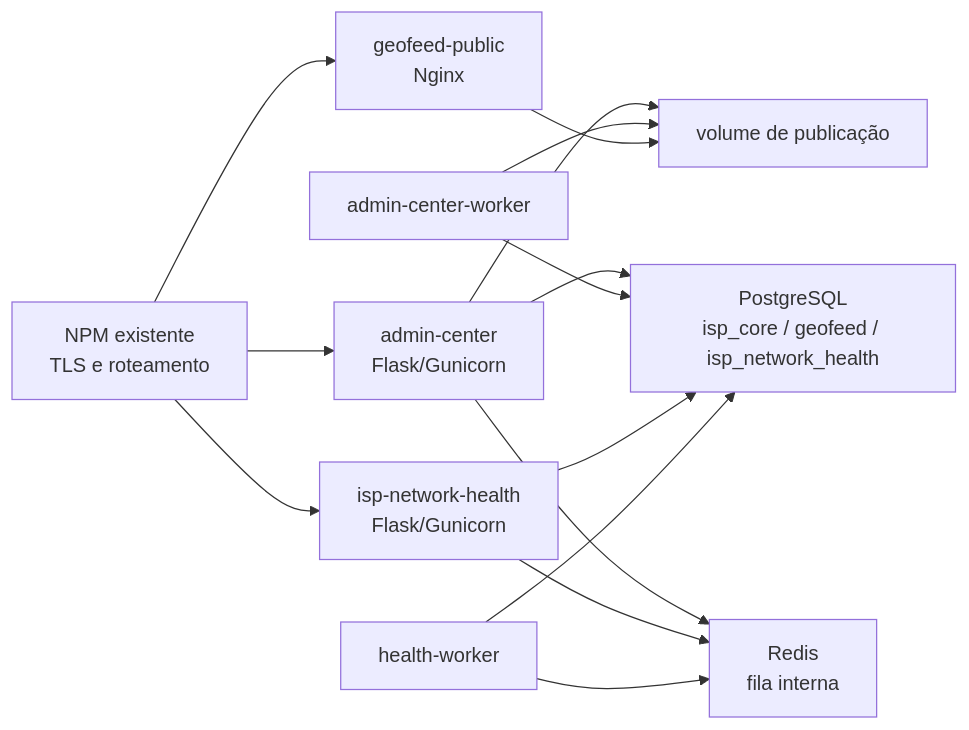
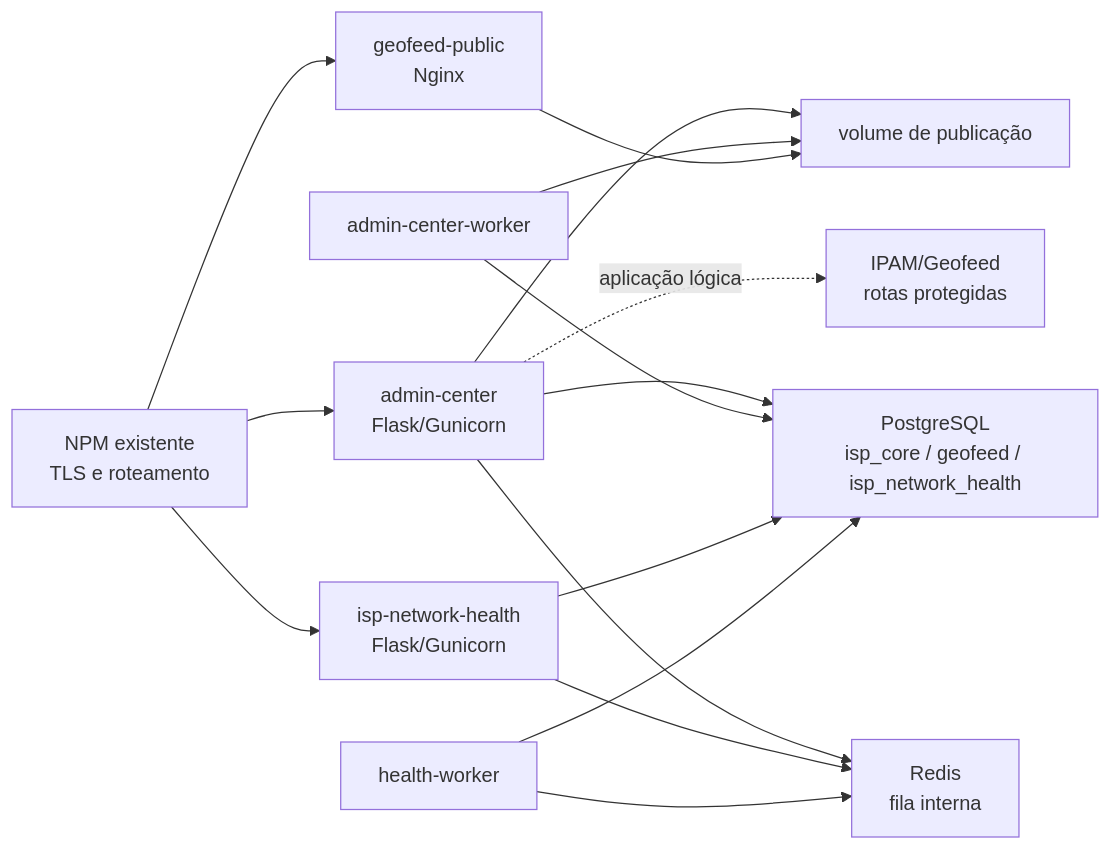
The diagram in docs/architecture.md (guicampos21/ISP-Network-Tools), drawn with Mermaid before and after one commit. The commit also changed other lines of this file and 78 other files, not shown here.

````diff
--- a/docs/architecture.md
+++ b/docs/architecture.md
@@ -5,16 +5,17 @@
 ```mermaid
 flowchart LR
   NPM["NPM existente<br/>TLS e roteamento"] --> PUBLIC["geofeed-public<br/>Nginx"]
   NPM --> ADMIN["admin-center<br/>Flask/Gunicorn"]
   NPM --> HEALTH["isp-network-health<br/>Flask/Gunicorn"]
+  ADMIN -. "aplicação lógica" .-> IPAM["IPAM/Geofeed<br/>rotas protegidas"]
   ADMIN --> PG["PostgreSQL<br/>isp_core / geofeed / isp_network_health"]
   ADMIN --> REDIS["Redis<br/>fila interna"]
   ADMIN --> FEED["volume de publicação"]
   ADMINW["admin-center-worker"] --> PG
   ADMINW --> FEED
   PUBLIC --> FEED
   HEALTH --> PG
   HEALTH --> REDIS
   HEALTHW["health-worker"] --> PG
   HEALTHW --> REDIS
 ```
````
